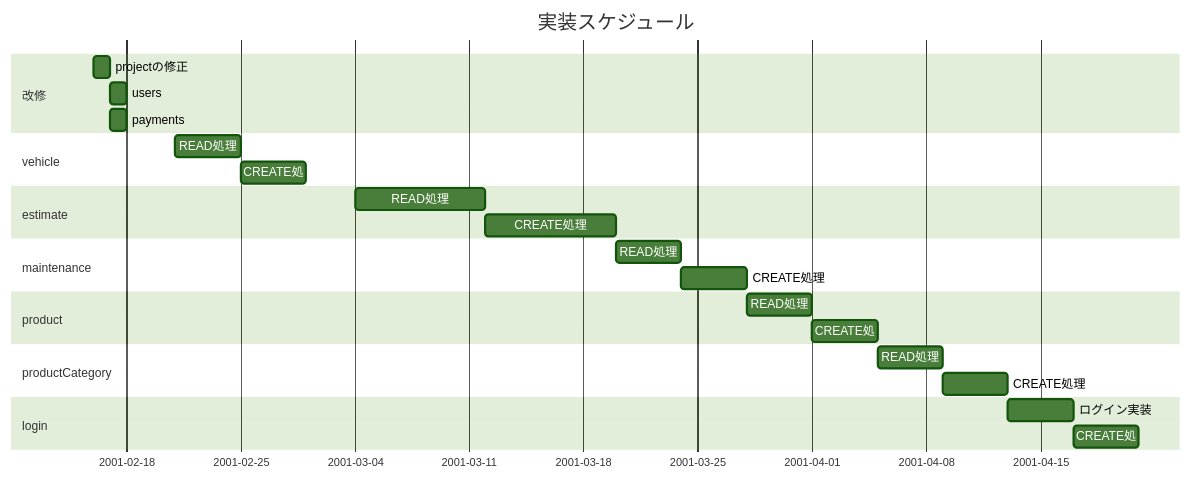
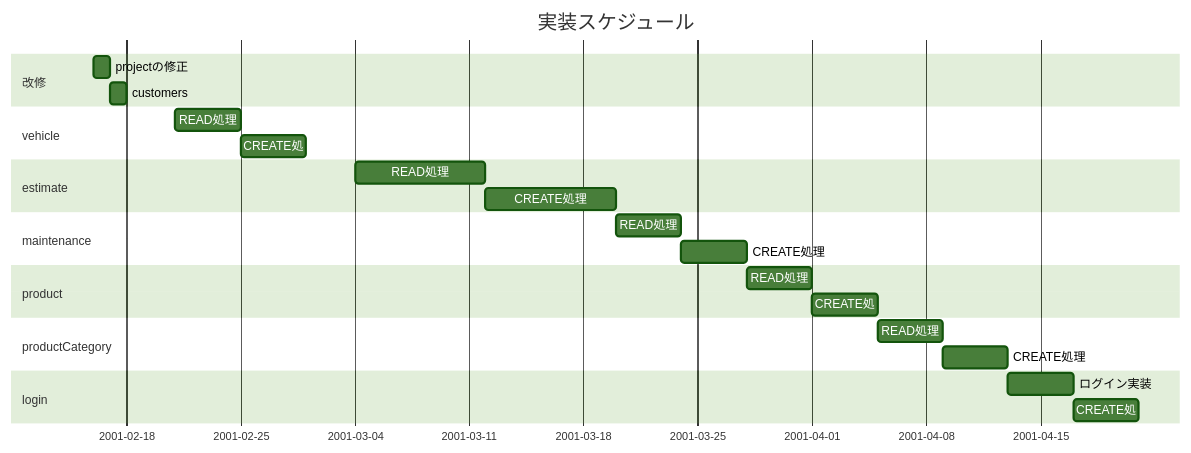
Before and after one commit to u-1pena/vehicle_estimate: the third of 3 diagrams in README.md, drawn with Mermaid. The commit also changed other lines of this file and 77 other files, not shown here.

````diff
--- a/README.md
+++ b/README.md
@@ -212,36 +199,34 @@
 ```mermaid
 ---
 config:
   theme: forest
 ---
 
 gantt
     title 実装スケジュール
     dateFormat YYYY-MM-DD
     excludes 02-18,02-20
 
     section 改修
         projectの修正: a2, 02-16, 24h
-        users: after a2, 1d
-        payments: after a2, 1d
-
+        customers: after a2, 1d
     section vehicle
         READ処理: c1, 02-21, 4d
         CREATE処: after c1, 4d
     section estimate
         READ処理: d1, 03-04, 8d
         CREATE処理: after d1, 8d
     section maintenance
         READ処理: f1, 03-20, 4d
         CREATE処理: after f1, 4d
     section product
         READ処理: h1, 03-28, 4d
         CREATE処: after h1, 4d
     section productCategory
         READ処理: i1, 04-05, 4d
         CREATE処理: after i1, 4d
     section login
         ログイン実装: e1, 04-13, 4d
         CREATE処: after e1, 4d
 
 ```
````
